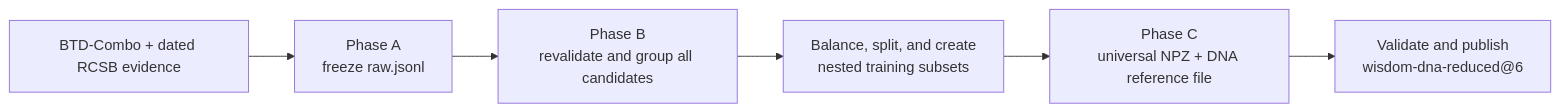
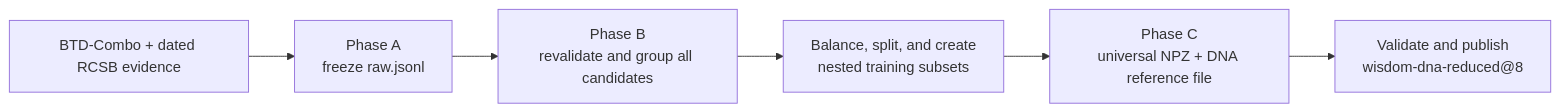
The first of 5 diagrams in README.md (Davimity/WISDOM), drawn with Mermaid before and after one commit. The commit also changed other lines of this file and 64 other files, not shown here.

````diff
--- a/README.md
+++ b/README.md
@@ -361,8 +369,8 @@
 ```mermaid
 flowchart LR
     A["BTD-Combo + dated RCSB evidence"] --> B["Phase A<br/>freeze raw.jsonl"]
     B --> C["Phase B<br/>revalidate and group all candidates"]
     C --> D["Balance, split, and create<br/>nested training subsets"]
     D --> E["Phase C<br/>universal NPZ + DNA reference file"]
-    E --> F["Validate and publish<br/>wisdom-dna-reduced@6"]
+    E --> F["Validate and publish<br/>wisdom-dna-reduced@8"]
 ```
````
